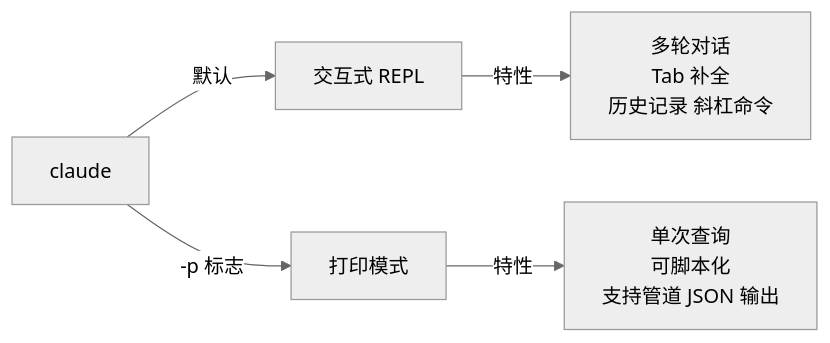
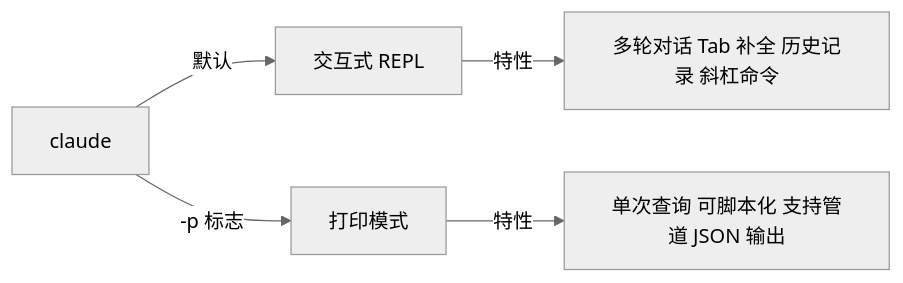
One commit to Rx782-Fss/claude-howto-zh changed the second of 2 diagrams in 10-cli/README.md. Above: the diagram before and after it, drawn with Mermaid (neutral theme). The commit also changed 6 other files, not shown here.

Commit message:
fix: 清除 Mermaid 内所有全角标点/emoji/<br/> (最终修复)

````diff
--- a/10-cli/README.md
+++ b/10-cli/README.md
@@ -66,7 +66,7 @@
 ```mermaid
 graph LR
     A["claude"] -->|默认| B["交互式 REPL"]
     A -->|"-p 标志"| C["打印模式"]
-    B -->|特性| D["多轮对话<br/>Tab 补全<br/>历史记录 斜杠命令"]
-    C -->|特性| E["单次查询<br/>可脚本化<br/>支持管道 JSON 输出"]
+    B -->|特性| D["多轮对话 Tab 补全 历史记录 斜杠命令"]
+    C -->|特性| E["单次查询 可脚本化 支持管道 JSON 输出"]
 ```
````
